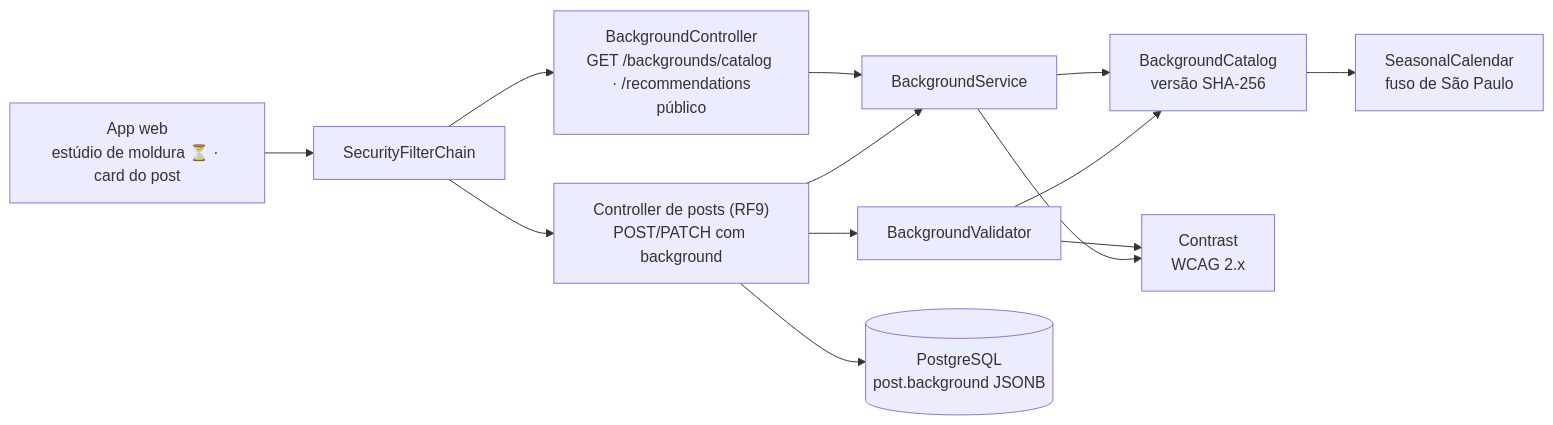
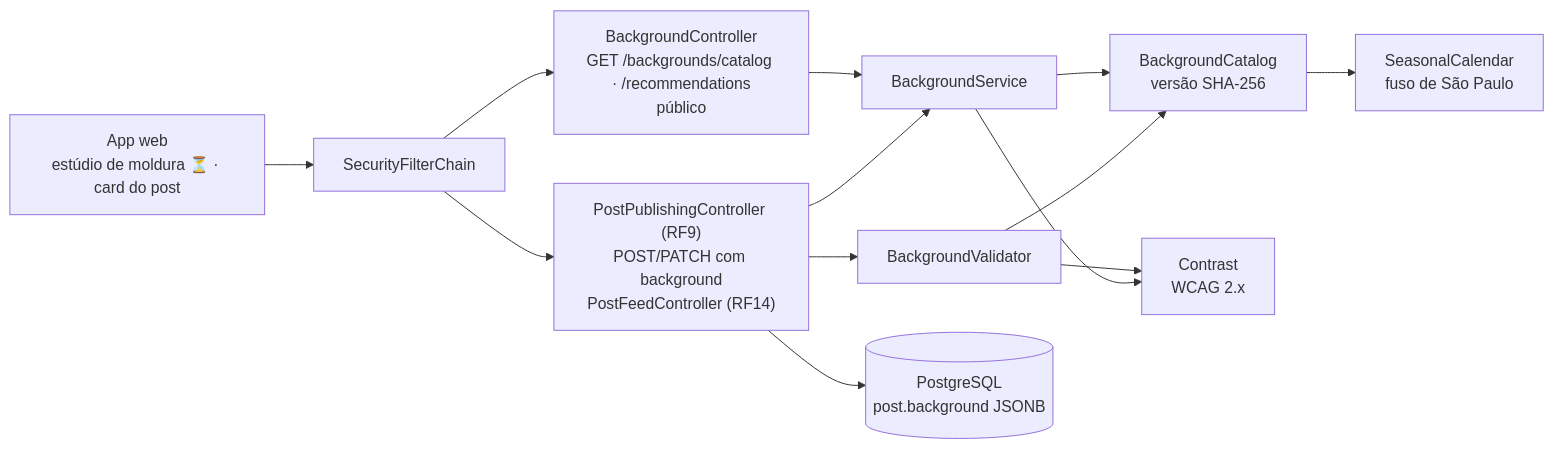
The diagram in docs/RF16/componentes.md (MatheusHaliski/Friendly-Eats), drawn with Mermaid before and after one commit. The commit also changed 94 other files, not shown here.

First line of the commit message:
Posts: publicar (RF9), interações (RF12), feed e "em alta" (RF14) e perfis (RF15)

````diff
--- a/docs/RF16/componentes.md
+++ b/docs/RF16/componentes.md
@@ -3,15 +3,15 @@
 ```mermaid
 flowchart LR
     APP["App web<br/>estúdio de moldura ⏳ · card do post"] --> SEC["SecurityFilterChain"]
     SEC --> BC["BackgroundController<br/>GET /backgrounds/catalog · /recommendations<br/>público"]
-    SEC --> PC["Controller de posts (RF9)<br/>POST/PATCH com background"]
+    SEC --> PC["PostPublishingController (RF9)<br/>POST/PATCH com background<br/>PostFeedController (RF14)"]
     BC --> BS["BackgroundService"]
     PC --> BV["BackgroundValidator"]
     PC --> BS
     BS --> CAT["BackgroundCatalog<br/>versão SHA-256"]
     BV --> CAT
     CAT --> SC["SeasonalCalendar<br/>fuso de São Paulo"]
     BV --> CT["Contrast<br/>WCAG 2.x"]
     BS --> CT
     PC --> PG[("PostgreSQL<br/>post.background JSONB")]
 ```
````
